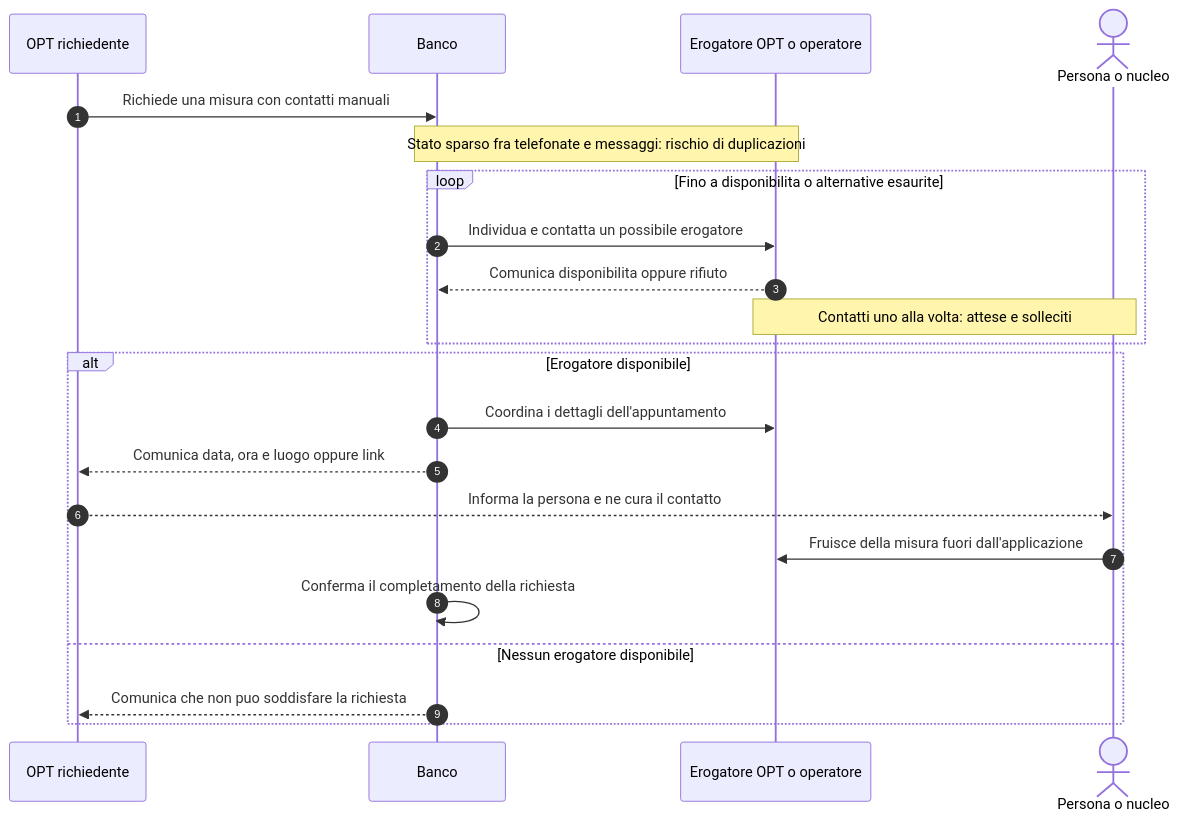
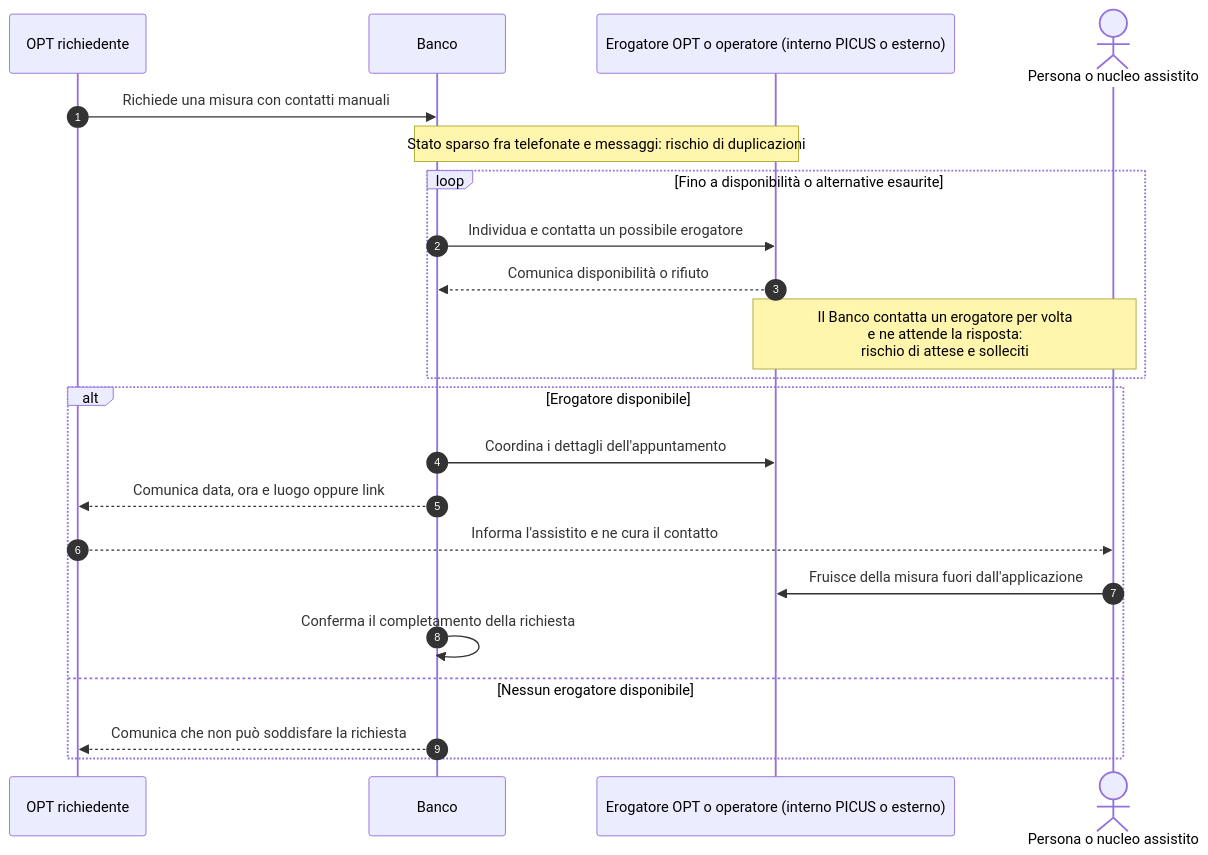
One commit to Pinguini-alla-Fragola/Progetto-SAD changed the diagram in docs/requirements/diagrams/ASIS-01-richieste.mmd. Above: the diagram before and after it, drawn with Mermaid. The commit also changed 5 other files, not shown here.

Commit message:
docs: rifinisce note e testi dei diagrammi as-is

```diff
--- a/docs/requirements/diagrams/ASIS-01-richieste.mmd
+++ b/docs/requirements/diagrams/ASIS-01-richieste.mmd
@@ -1,26 +1,26 @@
 %% ASIS-01A v0.1 - 25/10/2026
 %% Ricostruzione del processo dalle fonti F02 §§2-4 e 5.3, F06 e F07.
-%% Non rappresenta funzionalita gia implementate in PICUS.
+%% Non rappresenta funzionalità già implementate in PICUS.
 sequenceDiagram
     autonumber
     participant R as OPT richiedente
     participant B as Banco
-    participant E as Erogatore OPT o operatore
-    actor A as Persona o nucleo
+    participant E as Erogatore OPT o operatore (interno PICUS o esterno)
+    actor A as Persona o nucleo assistito
 
     R->>B: Richiede una misura con contatti manuali
     Note over B,E: Stato sparso fra telefonate e messaggi: rischio di duplicazioni
-        loop Fino a disponibilita o alternative esaurite
+        loop Fino a disponibilità o alternative esaurite
             B->>E: Individua e contatta un possibile erogatore
-            E-->>B: Comunica disponibilita oppure rifiuto
-            Note over E,A: Contatti uno alla volta: attese e solleciti
+            E-->>B: Comunica disponibilità o rifiuto
+            Note over E,A: Il Banco contatta un erogatore per volta<br/>e ne attende la risposta:<br/>rischio di attese e solleciti
         end
         alt Erogatore disponibile
             B->>E: Coordina i dettagli dell'appuntamento
             B-->>R: Comunica data, ora e luogo oppure link
-            R-->>A: Informa la persona e ne cura il contatto
+            R-->>A: Informa l'assistito e ne cura il contatto
             A->>E: Fruisce della misura fuori dall'applicazione
             B->>B: Conferma il completamento della richiesta
         else Nessun erogatore disponibile
-            B-->>R: Comunica che non puo soddisfare la richiesta
+            B-->>R: Comunica che non può soddisfare la richiesta
         end
```
